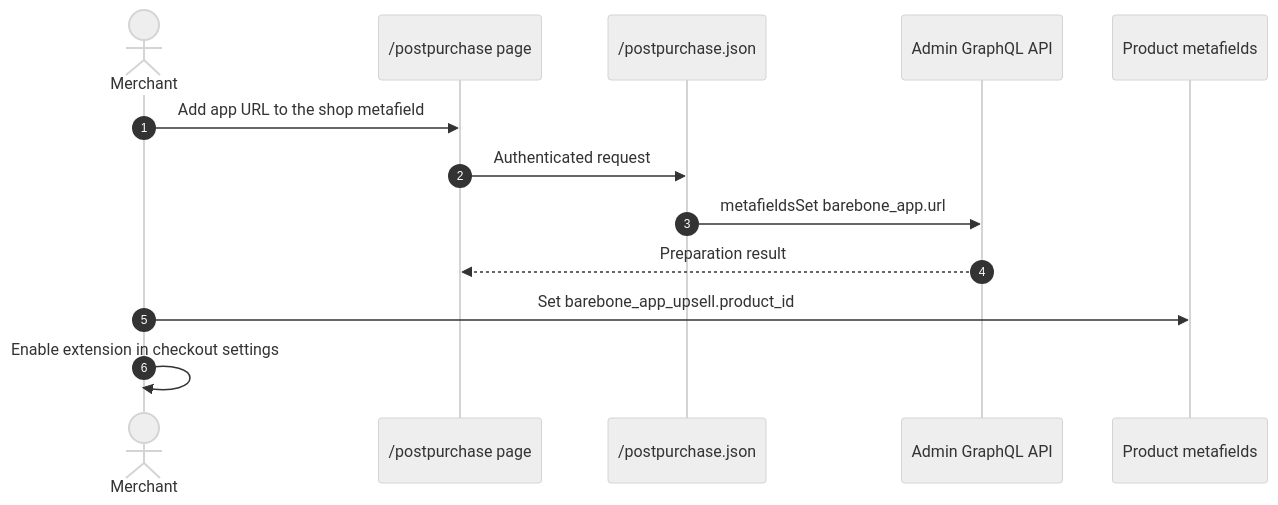
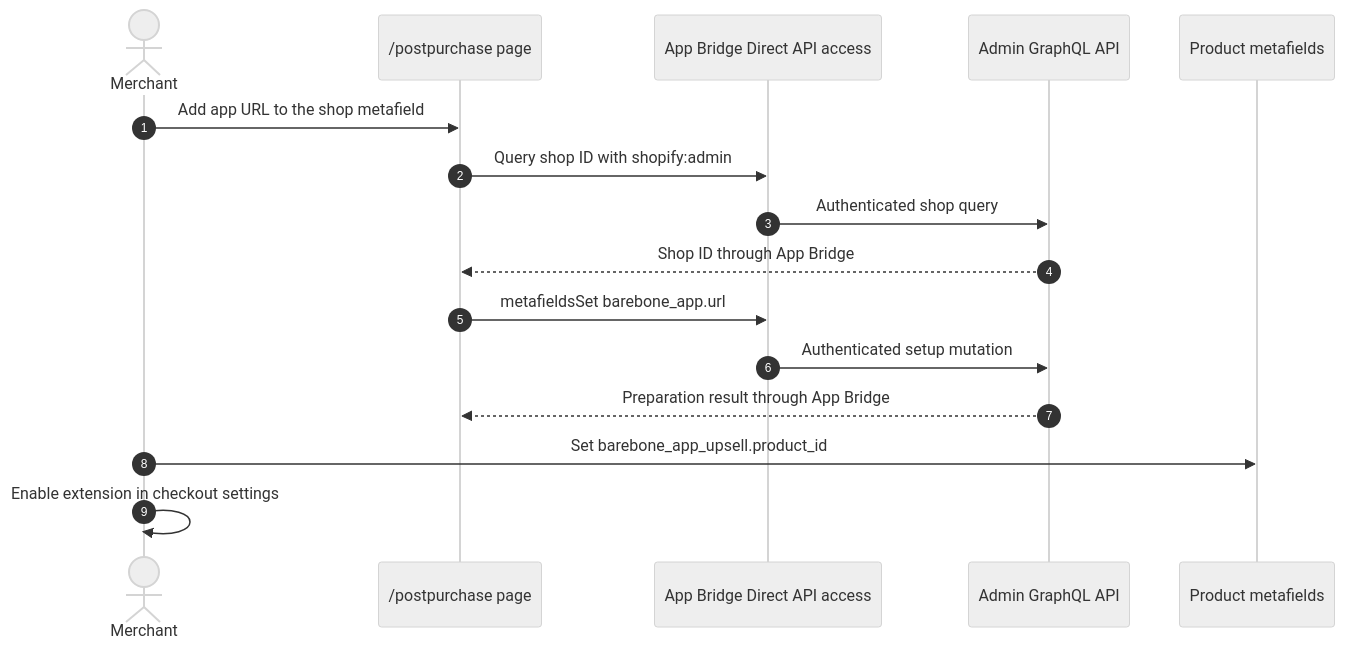
One commit to benzookapi/shopify-barebone-app-sample changed the first of 2 diagrams in docs/postpurchase.md. Above: the diagram before and after it, drawn with Mermaid (neutral theme). The commit also changed other lines of this file and 29 other files, not shown here.

First line of the commit message:
Codex/adminlink direct api access (#2)

````diff
--- a/docs/postpurchase.md
+++ b/docs/postpurchase.md
@@ -16,16 +17,19 @@
 ```mermaid
 sequenceDiagram
     autonumber
     actor Merchant
     participant UI as /postpurchase page
-    participant App as /postpurchase.json
+    participant Bridge as App Bridge Direct API access
     participant AdminAPI as Admin GraphQL API
     participant Product as Product metafields
 
     Merchant->>UI: Add app URL to the shop metafield
-    UI->>App: Authenticated request
-    App->>AdminAPI: metafieldsSet barebone_app.url
-    AdminAPI-->>UI: Preparation result
+    UI->>Bridge: Query shop ID with shopify:admin
+    Bridge->>AdminAPI: Authenticated shop query
+    AdminAPI-->>UI: Shop ID through App Bridge
+    UI->>Bridge: metafieldsSet barebone_app.url
+    Bridge->>AdminAPI: Authenticated setup mutation
+    AdminAPI-->>UI: Preparation result through App Bridge
     Merchant->>Product: Set barebone_app_upsell.product_id
     Merchant->>Merchant: Enable extension in checkout settings
 ```
````
